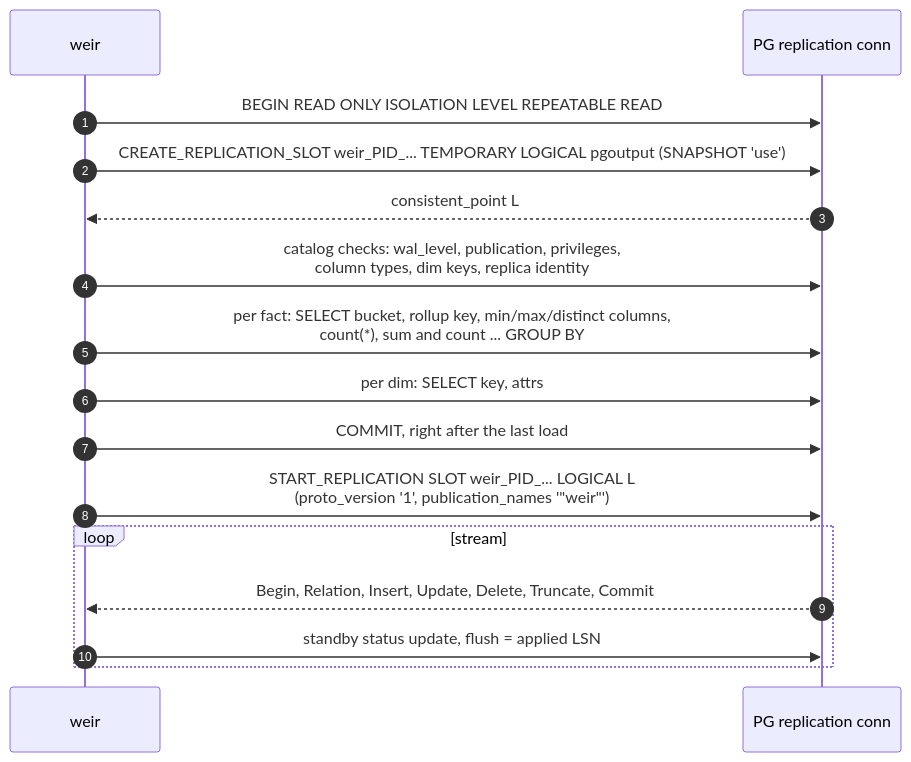
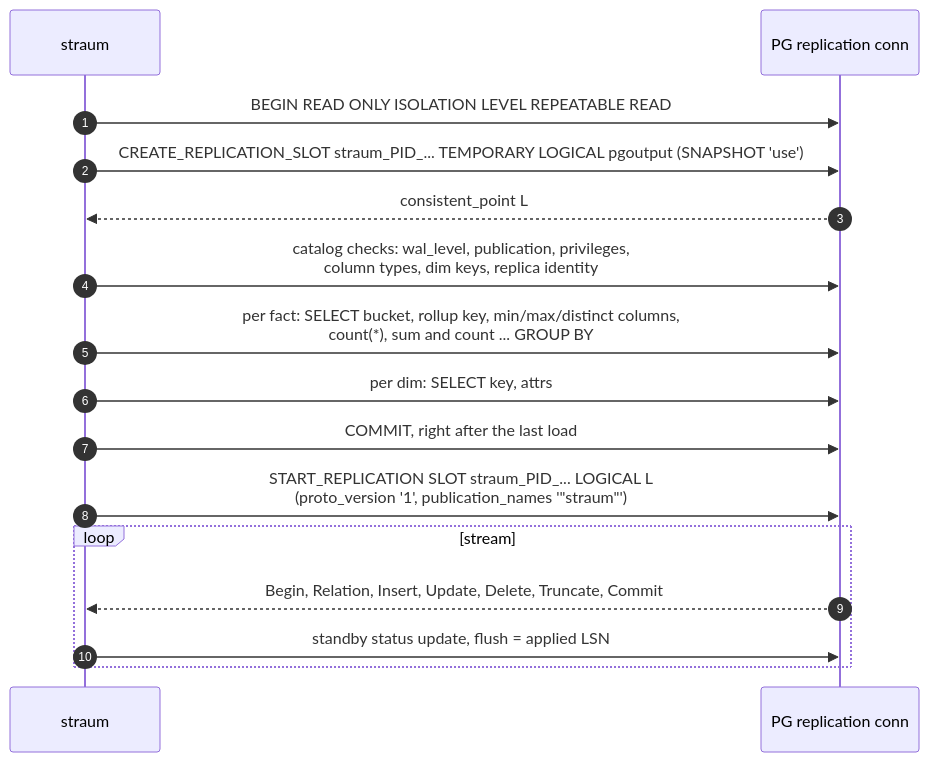
Before and after one commit to janbjorge/straum: the second of 5 diagrams in research/ARCHITECTURE.md, drawn with Mermaid. The commit also changed other lines of this file and 93 other files, not shown here.

````diff
--- a/research/ARCHITECTURE.md
+++ b/research/ARCHITECTURE.md
@@ -220,18 +220,18 @@
 ```mermaid
 sequenceDiagram
   autonumber
-  participant W as weir
+  participant W as straum
   participant R as PG replication conn
   W->>R: BEGIN READ ONLY ISOLATION LEVEL REPEATABLE READ
-  W->>R: CREATE_REPLICATION_SLOT weir_PID_... TEMPORARY LOGICAL pgoutput (SNAPSHOT 'use')
+  W->>R: CREATE_REPLICATION_SLOT straum_PID_... TEMPORARY LOGICAL pgoutput (SNAPSHOT 'use')
   R-->>W: consistent_point L
   W->>R: catalog checks: wal_level, publication, privileges,<br/>column types, dim keys, replica identity
   W->>R: per fact: SELECT bucket, rollup key, min/max/distinct columns,<br/>count(*), sum and count ... GROUP BY
   W->>R: per dim: SELECT key, attrs
   W->>R: COMMIT, right after the last load
-  W->>R: START_REPLICATION SLOT weir_PID_... LOGICAL L<br/>(proto_version '1', publication_names '"weir"')
+  W->>R: START_REPLICATION SLOT straum_PID_... LOGICAL L<br/>(proto_version '1', publication_names '"straum"')
   loop stream
     R-->>W: Begin, Relation, Insert, Update, Delete, Truncate, Commit
     W->>R: standby status update, flush = applied LSN
   end
 ```
````
